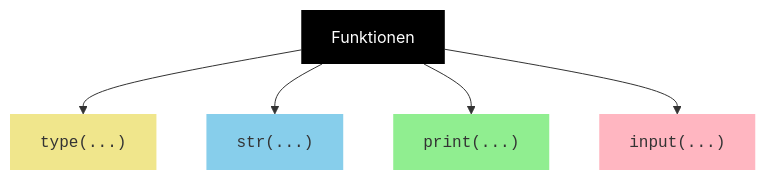
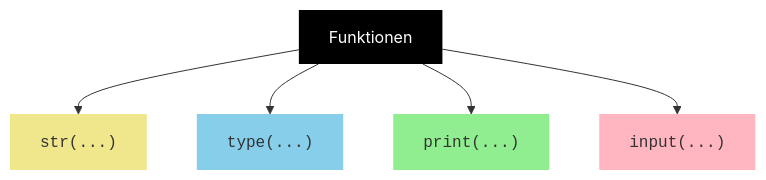
Before and after one commit to ghackenberg/python-grundlagen-kurs: the diagram in Grafiken/Mermaid/Funktionen/Allgemein.mmd, drawn with Mermaid. The commit also changed 3 other files, not shown here.

```diff
--- a/Grafiken/Mermaid/Funktionen/Allgemein.mmd
+++ b/Grafiken/Mermaid/Funktionen/Allgemein.mmd
@@ -1,15 +1,15 @@
 flowchart
 
     Funktionen
 
+    Funktionen --> Str["<code>str(...)</code>"]
     Funktionen --> Type["<code>type(...)</code>"]
-    Funktionen --> Str["<code>str(...)</code>"]
     Funktionen --> Print["<code>print(...)</code>"]
     Funktionen --> Input["<code>input(...)</code>"]
 
     style Funktionen fill:black,color:white,stroke-width:0px
 
-    style Type fill:khaki,stroke-width:0px
-    style Str fill:skyblue,stroke-width:0px
+    style Str fill:khaki,stroke-width:0px
+    style Type fill:skyblue,stroke-width:0px
     style Print fill:lightgreen,stroke-width:0px
     style Input fill:lightpink,stroke-width:0px
```
